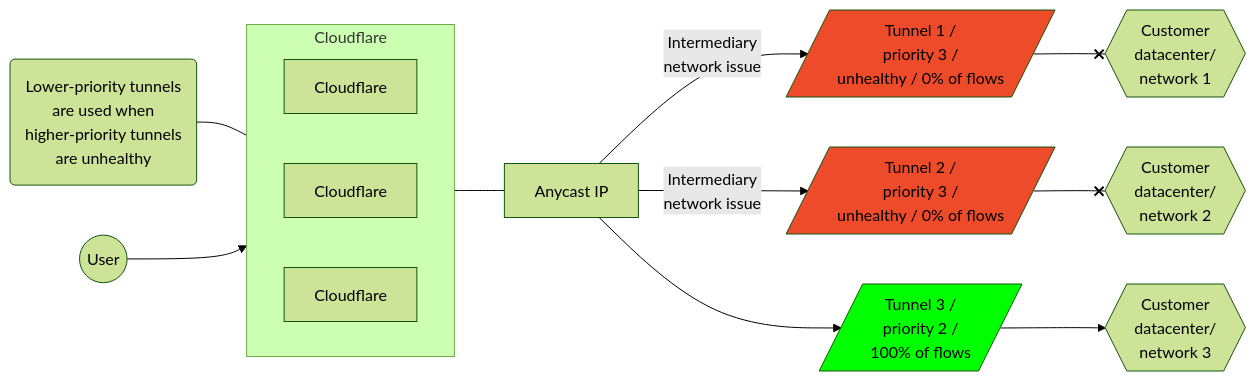
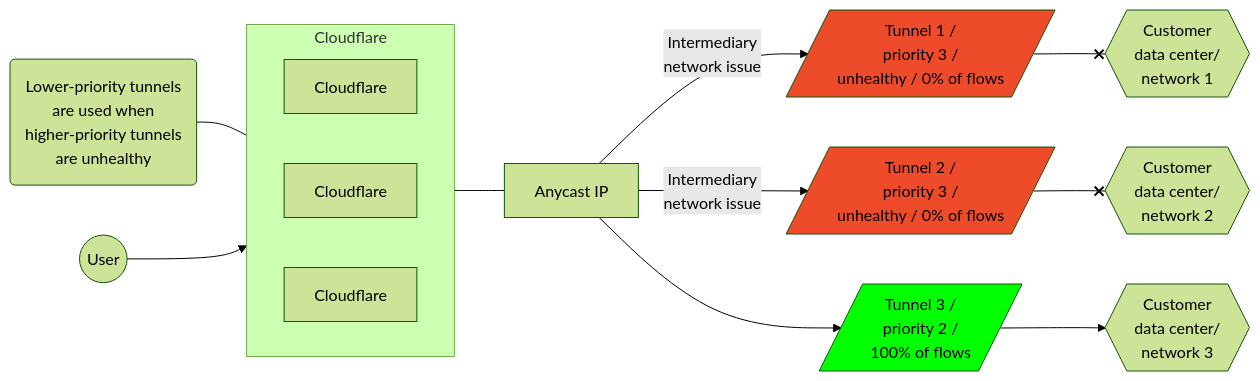
The fourth of 4 diagrams in content/magic-transit/_partials/_traffic-steering.md (cloudflare/cloudflare-docs), drawn with Mermaid (forest theme) before and after one commit. The commit also changed other lines of this file, not shown here.

````diff
--- a/content/magic-transit/_partials/_traffic-steering.md
+++ b/content/magic-transit/_partials/_traffic-steering.md
@@ -115,20 +115,20 @@
 ```mermaid
 flowchart LR
 accTitle: Tunnels diagram
 accDescr: This example has Tunnel 1 and 2 unhealthy, and all traffic prioritized to Tunnel 3.
 
 subgraph Cloudflare
 direction LR
 B[Cloudflare]
 C[Cloudflare]
 D[Cloudflare]
 end
 
 Z(Lower-priority tunnels <br> are used when <br> higher-priority tunnels <br> are unhealthy) --- Cloudflare
 A((User)) --> Cloudflare --- E[Anycast IP]
-E[Anycast IP]  -- Intermediary <br> network issue -->  F[/Tunnel 1 / <br> priority 3 / <br> unhealthy / 0% of flows/]:::red --x I{{Customer <br> datacenter/ <br> network 1}}
-E[Anycast IP]  -- Intermediary <br> network issue -->  G[/Tunnel 2 / <br> priority 3 / <br> unhealthy / 0% of flows/]:::red --x J{{Customer <br> datacenter/ <br> network 2}}
-E[Anycast IP] -->  H[/Tunnel 3 / <br> priority 2 / <br> 100% of flows/]:::green --> K{{Customer <br> datacenter/ <br> network 3}}
+E[Anycast IP]  -- Intermediary <br> network issue -->  F[/Tunnel 1 / <br> priority 3 / <br> unhealthy / 0% of flows/]:::red --x I{{Customer <br> data center/ <br> network 1}}
+E[Anycast IP]  -- Intermediary <br> network issue -->  G[/Tunnel 2 / <br> priority 3 / <br> unhealthy / 0% of flows/]:::red --x J{{Customer <br> data center/ <br> network 2}}
+E[Anycast IP] -->  H[/Tunnel 3 / <br> priority 2 / <br> 100% of flows/]:::green --> K{{Customer <br> data center/ <br> network 3}}
 classDef red fill:#EE4B2B
 classDef green fill:#00FF00
 ```
````
